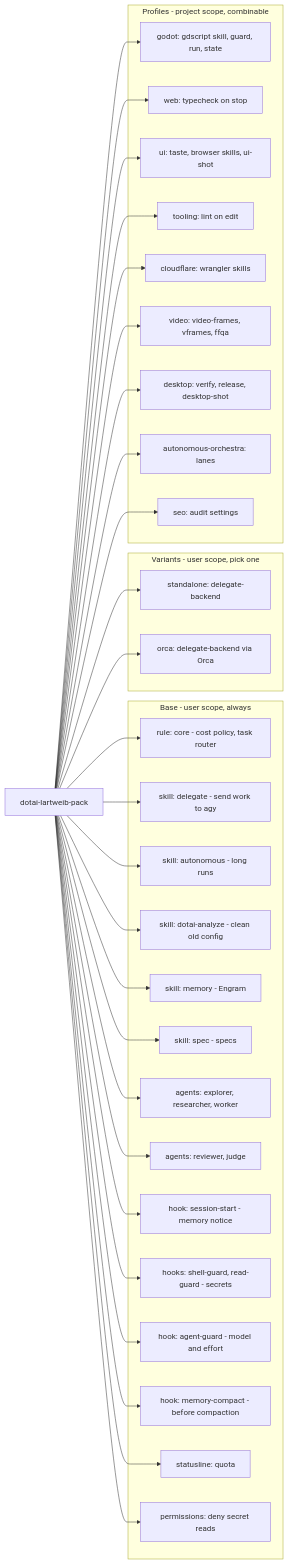
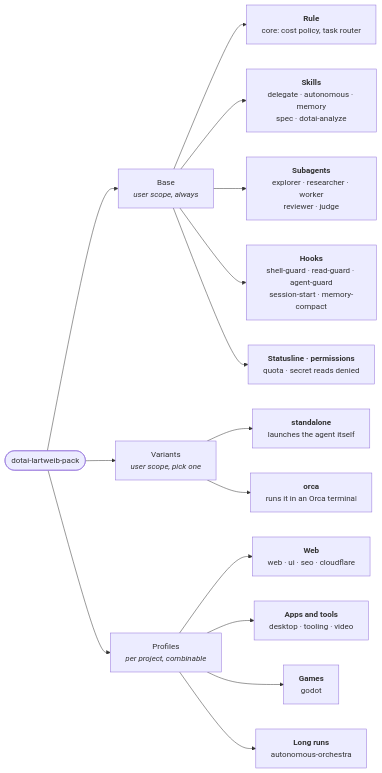
One commit to Lartweib/dotai-lartweib-pack changed the diagram in README.md. Above: the diagram before and after it, drawn with Mermaid.

Commit message:
docs(readme): group the pack diagram into a three-level tree

````diff
--- a/README.md
+++ b/README.md
@@ -26,45 +26,22 @@
 ```mermaid
 flowchart LR
-  P["dotai-lartweib-pack"]
+  P(["dotai-lartweib-pack"])
 
-  subgraph Base["Base - user scope, always"]
-    R["rule: core - cost policy, task router"]
-    S1["skill: delegate - send work to agy"]
-    S2["skill: autonomous - long runs"]
-    S3["skill: dotai-analyze - clean old config"]
-    S4["skill: memory - Engram"]
-    S5["skill: spec - specs"]
-    A1["agents: explorer, researcher, worker"]
-    A2["agents: reviewer, judge"]
-    H1["hook: session-start - memory notice"]
-    H2["hooks: shell-guard, read-guard - secrets"]
-    H3["hook: agent-guard - model and effort"]
-    H4["hook: memory-compact - before compaction"]
-    ST["statusline: quota"]
-    PM["permissions: deny secret reads"]
-  end
+  P --> B["Base<br/><i>user scope, always</i>"]
+  P --> V["Variants<br/><i>user scope, pick one</i>"]
+  P --> F["Profiles<br/><i>per project, combinable</i>"]
 
-  subgraph Variants["Variants - user scope, pick one"]
-    VS["standalone: delegate-backend"]
-    VO["orca: delegate-backend via Orca"]
-  end
+  B --> BR["<b>Rule</b><br/>core: cost policy, task router"]
+  B --> BS["<b>Skills</b><br/>delegate · autonomous · memory<br/>spec · dotai-analyze"]
+  B --> BA["<b>Subagents</b><br/>explorer · researcher · worker<br/>reviewer · judge"]
+  B --> BH["<b>Hooks</b><br/>shell-guard · read-guard · agent-guard<br/>session-start · memory-compact"]
+  B --> BX["<b>Statusline · permissions</b><br/>quota · secret reads denied"]
 
-  subgraph Profiles["Profiles - project scope, combinable"]
-    GD["godot: gdscript skill, guard, run, state"]
-    WB["web: typecheck on stop"]
-    UI["ui: taste, browser skills, ui-shot"]
-    TL["tooling: lint on edit"]
-    CF["cloudflare: wrangler skills"]
-    VD["video: video-frames, vframes, ffqa"]
-    DT["desktop: verify, release, desktop-shot"]
-    AO["autonomous-orchestra: lanes"]
-    SE["seo: audit settings"]
-  end
+  V --> VS["<b>standalone</b><br/>launches the agent itself"]
+  V --> VO["<b>orca</b><br/>runs it in an Orca terminal"]
 
-  P --> R & S1 & S2 & S3 & S4 & S5
-  P --> A1 & A2
-  P --> H1 & H2 & H3 & H4
-  P --> ST & PM
-  P --> VS & VO
-  P --> GD & WB & UI & TL & CF & VD & DT & AO & SE
+  F --> FW["<b>Web</b><br/>web · ui · seo · cloudflare"]
+  F --> FA["<b>Apps and tools</b><br/>desktop · tooling · video"]
+  F --> FG["<b>Games</b><br/>godot"]
+  F --> FO["<b>Long runs</b><br/>autonomous-orchestra"]
 ```
````
